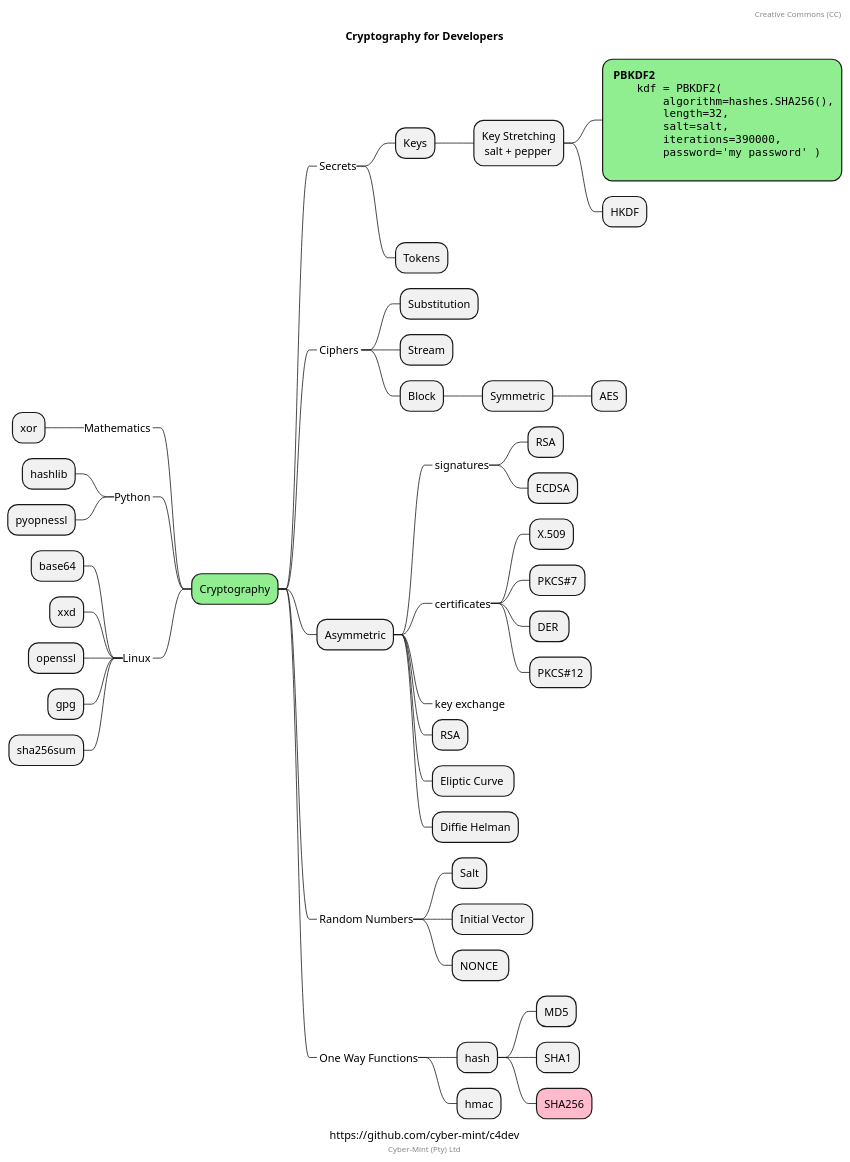
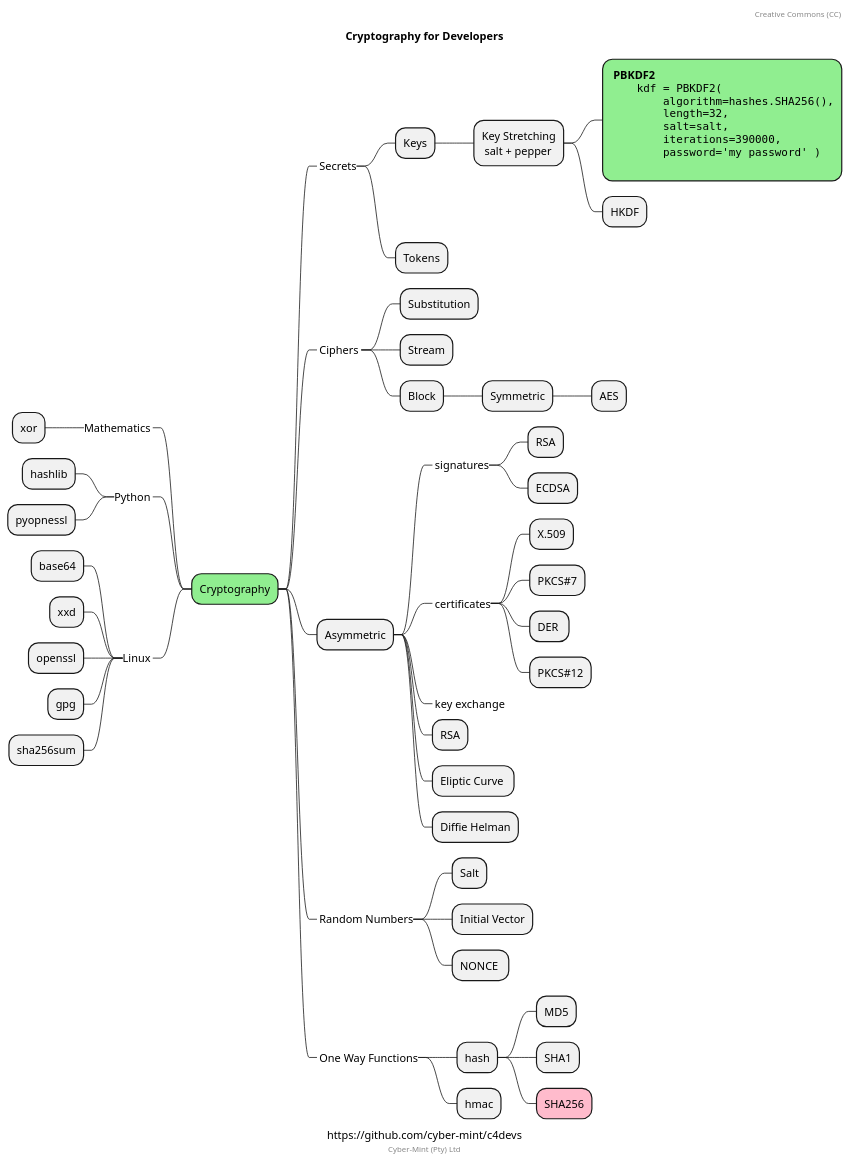
Before and after one commit to Cyber-Mint/c4devs: the diagram in cryptography.puml, drawn with PlantUML. The commit also changed 2 other files, not shown here.

```diff
--- a/cryptography.puml
+++ b/cryptography.puml
@@ -1,86 +1,86 @@
 @startmindmap
 
-caption https://github.com/cyber-mint/c4dev
+caption https://github.com/cyber-mint/c4devs
 title Cryptography for Developers
 
 *[#lightgreen] Cryptography
 
  *_ Secrets
   * Keys
 ****:Key Stretching
  salt + pepper;
 
 *****[#lightgreen]: **PBKDF2**
 <code>
     kdf = PBKDF2(
         algorithm=hashes.SHA256(),
         length=32,
         salt=salt,
         iterations=390000,
         password='my password' )
 </code>
 ;
     * HKDF
   * Tokens
 
  *_ Ciphers <<rose>>
   * Substitution
   * Stream
   * Block
    * Symmetric
     * AES
  * Asymmetric
   *_ signatures
    * RSA
    * ECDSA
   *_ certificates
    * X.509
    * PKCS#7
    * DER 
    * PKCS#12
 
   *_ key exchange
   * RSA
   * Eliptic Curve 
   * Diffie Helman
 
  *_ Random Numbers
   * Salt
   * Initial Vector
   * NONCE 
  *_ One Way Functions
   * hash
    * MD5
    * SHA1
    *[#FFBBCC] SHA256
   * hmac
 
 left side
 
 --_ Mathematics
   * xor
  
 --_ Python
   * hashlib
   * pyopnessl
 
 --_ Linux
   * base64
   * xxd
   * openssl
   * gpg
   * sha256sum
 
 
 header
  Creative Commons (CC)
 endheader
 
 center footer Cyber-Mint (Pty) Ltd
 
 ' legend right
 '   Short
 '   legend
 ' endlegend
 
 @endmindmap
```
